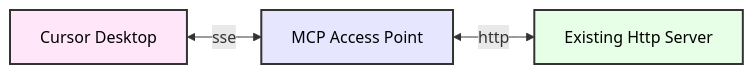
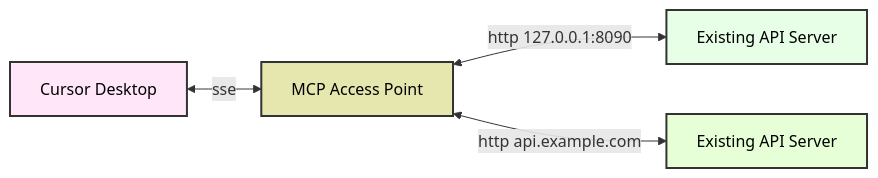
One commit to sxhxliang/mcp-access-point changed the diagram in README.md. Above: the diagram before and after it, drawn with Mermaid. The commit also changed other lines of this file and 14 other files, not shown here.

````diff
--- a/README.md
+++ b/README.md
@@ -17,9 +21,11 @@
 ```mermaid
 graph LR
-    A["Cursor Desktop"] <--> |sse| B["MCP Access Point"]
-    B <--> |http| C["Existing Http Server"]
+   A["Cursor Desktop"] <--> |sse| B["MCP Access Point"]
+   B <--> |http 127.0.0.1:8090| C1["Existing API Server"]
+   B <--> |http api.example.com| C2["Existing API Server"]
 
-    style A fill:#ffe6f9,stroke:#333,color:black,stroke-width:2px
-    style B fill:#e6e6ff,stroke:#333,color:black,stroke-width:2px
-    style C fill:#e6ffe6,stroke:#333,color:black,stroke-width:2px
+   style A fill:#ffe6f9,stroke:#333,color:black,stroke-width:2px
+   style B fill:#e6e6af,stroke:#333,color:black,stroke-width:2px
+   style C1 fill:#e6ffe6,stroke:#333,color:black,stroke-width:2px
+   style C2 fill:#e6ffd6,stroke:#333,color:black,stroke-width:2px
 ```
````
